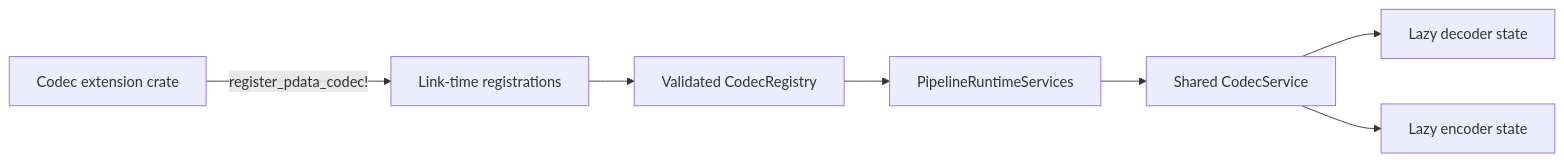
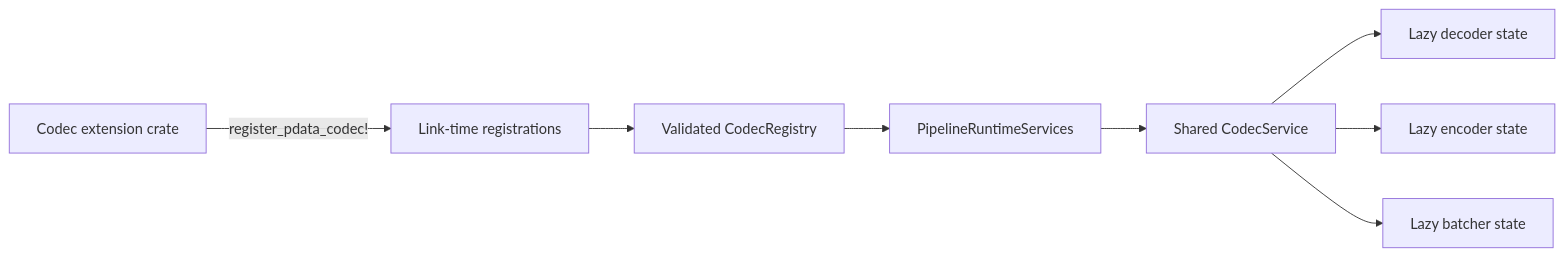
The first of 2 diagrams in rust/otap-dataflow/crates/pdata-codec/README.md (lquerel/otel-arrow), drawn with Mermaid before and after one commit. The commit also changed other lines of this file and 13 other files, not shown here.

````diff
--- a/rust/otap-dataflow/crates/pdata-codec/README.md
+++ b/rust/otap-dataflow/crates/pdata-codec/README.md
@@ -32,17 +32,19 @@
 ```mermaid
 flowchart LR
     extension["Codec extension crate"]
     linked["Link-time registrations"]
     registry["Validated CodecRegistry"]
     services["PipelineRuntimeServices"]
     service["Shared CodecService"]
     decoder["Lazy decoder state"]
     encoder["Lazy encoder state"]
+    batcher["Lazy batcher state"]
 
     extension -->|"register_pdata_codec!"| linked
     linked --> registry
     registry --> services
     services --> service
     service --> decoder
     service --> encoder
+    service --> batcher
 ```
````
